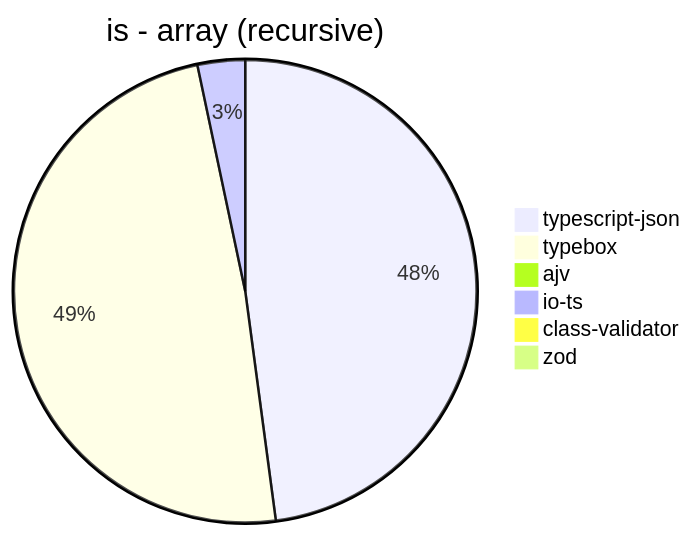
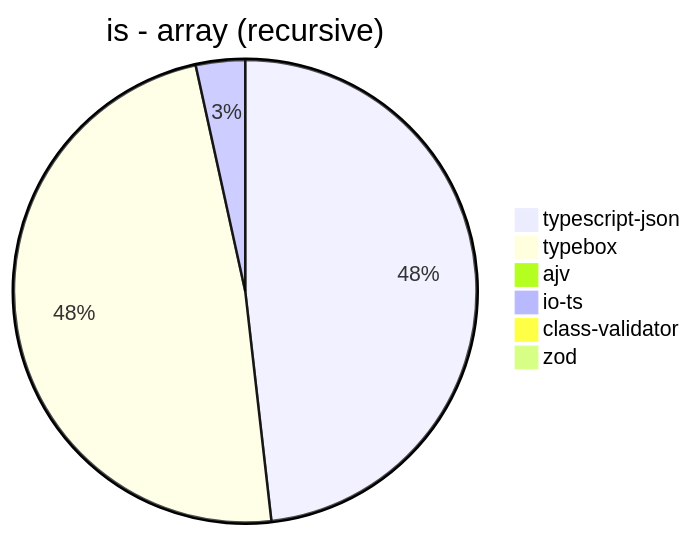
The fifth of 39 diagrams in benchmark/results/11th Gen Intel(R) Core(TM) i5-1135G7 @ 2.40GHz.md (samchon/typia), drawn with Mermaid before and after one commit. The commit also changed other lines of this file and 7 other files, not shown here.

````diff
--- a/benchmark/results/11th Gen Intel(R) Core(TM) i5-1135G7 @ 2.40GHz.md
+++ b/benchmark/results/11th Gen Intel(R) Core(TM) i5-1135G7 @ 2.40GHz.md
@@ -65,9 +65,9 @@
 ```mermaid
 pie title is - array (recursive)
-  "typescript-json": 6734.898727370497
-  "typebox": 6862.402380066939
+  "typescript-json": 6669.744703965237
+  "typebox": 6693.693693693694
   "ajv": 0
-  "io-ts": 466.87580734452854
-  "class-validator": 3.3815517565282733
-  "zod": 9.095971783924263
+  "io-ts": 475.91593825553286
+  "class-validator": 3.571428571428571
+  "zod": 8.847926267281107
 ```
````
